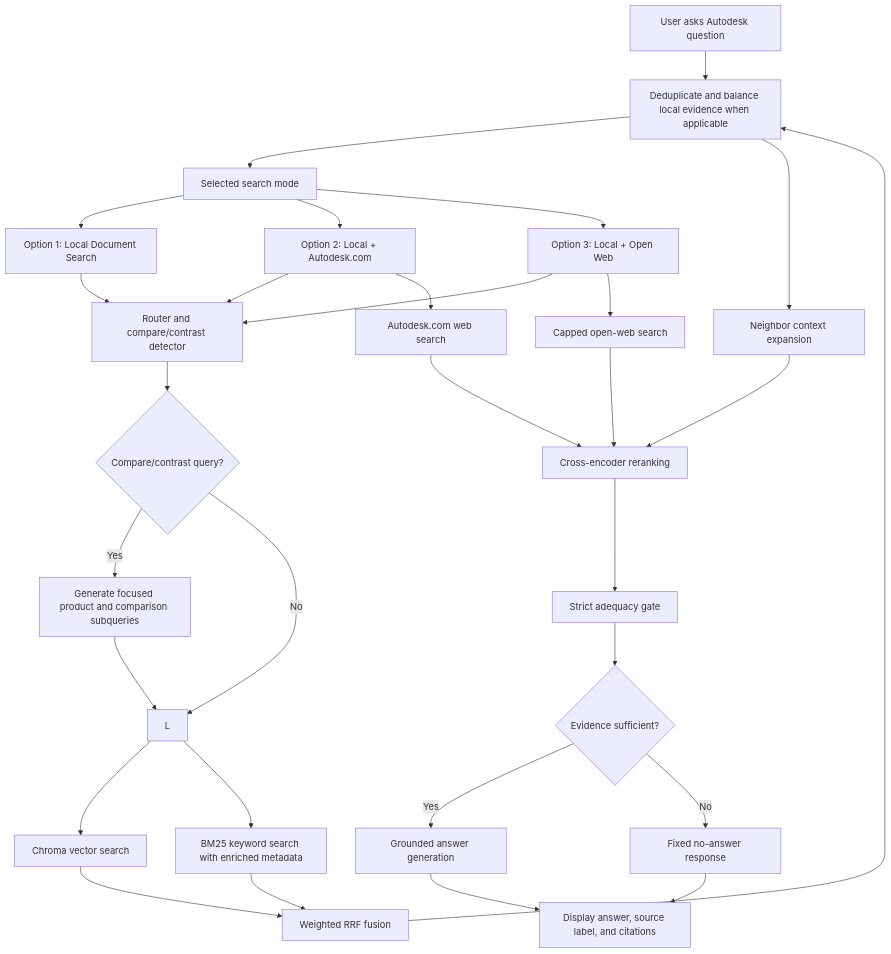
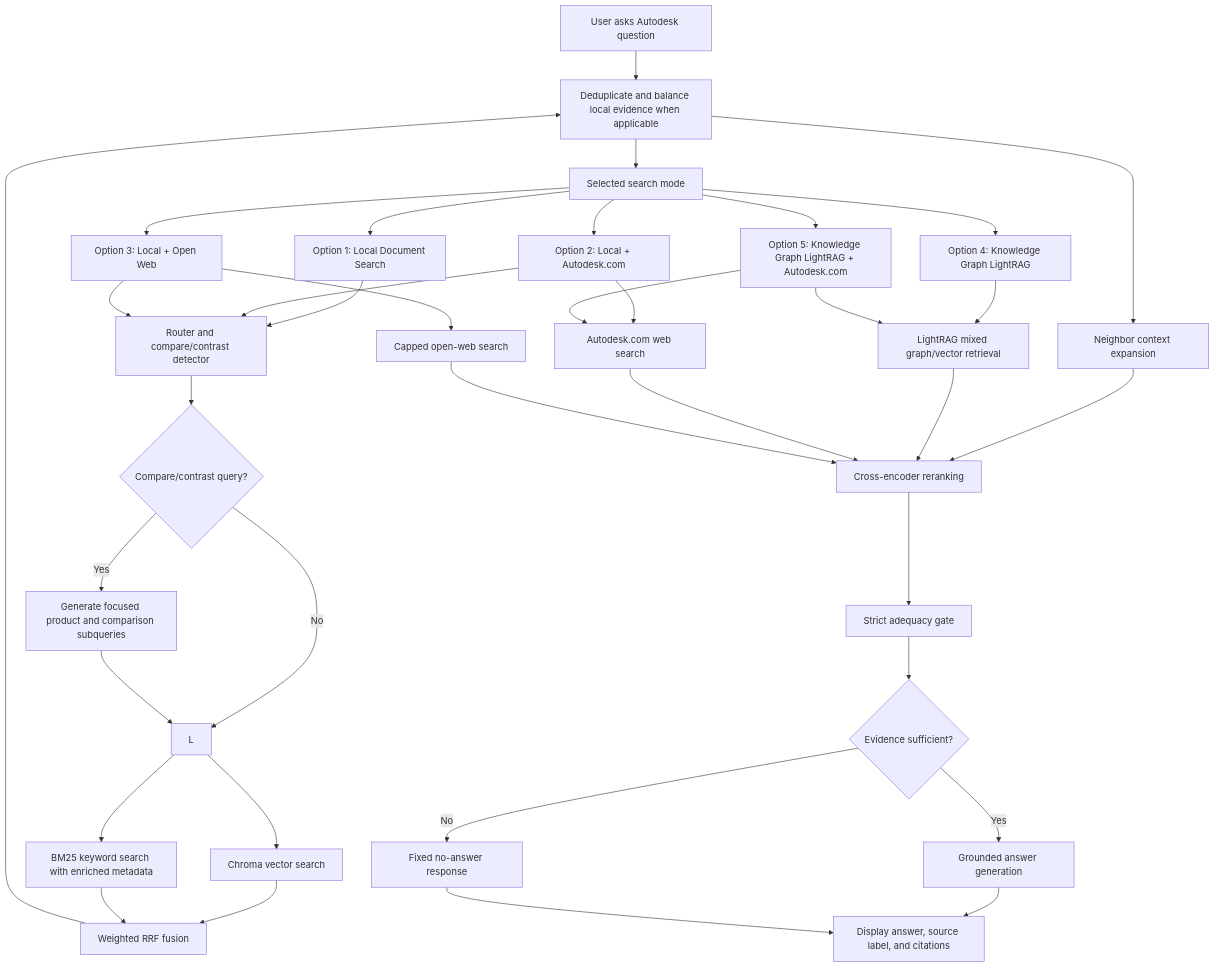
The first of 2 diagrams in FLOW_LOGIC.md (helsharif/autodesk-rag-app), drawn with Mermaid before and after one commit. The commit also changed other lines of this file and 10 other files, not shown here.

Commit message:
Split LightRAG into graph-only and web-assisted modes

````diff
--- a/FLOW_LOGIC.md
+++ b/FLOW_LOGIC.md
@@ -584,38 +603,44 @@
 ```mermaid
 flowchart TD
     A["User asks Autodesk question"] --> B["Streamlit Ask tab"]
     B --> C["Selected search mode"]
 
     C --> O1["Option 1: Local Document Search"]
     C --> O2["Option 2: Local + Autodesk.com"]
     C --> O3["Option 3: Local + Open Web"]
+    C --> O4["Option 4: Knowledge Graph LightRAG"]
+    C --> O5["Option 5: Knowledge Graph LightRAG + Autodesk.com"]
 
     O1 --> P["Router and compare/contrast detector"]
     O2 --> P
     O3 --> P
+    O4 --> KG["LightRAG mixed graph/vector retrieval"]
+    O5 --> KG
 
     P --> Cmp{"Compare/contrast query?"}
     Cmp -->|Yes| SQ["Generate focused product and comparison subqueries"]
     Cmp -->|No| L
     SQ --> L
 
     L --> V["Chroma vector search"]
     L --> K["BM25 keyword search with enriched metadata"]
     V --> F["Weighted RRF fusion"]
     K --> F
     F --> B["Deduplicate and balance local evidence when applicable"]
     B --> N["Neighbor context expansion"]
 
     O2 --> W2["Autodesk.com web search"]
     O3 --> W3["Capped open-web search"]
+    O5 --> W2
     N --> R["Cross-encoder reranking"]
+    KG --> R
     W2 --> R
     W3 --> R
 
     R --> G["Strict adequacy gate"]
     G --> D{"Evidence sufficient?"}
     D -->|Yes| E["Grounded answer generation"]
     D -->|No| X["Fixed no-answer response"]
     E --> S["Display answer, source label, and citations"]
     X --> S
 ```
````
